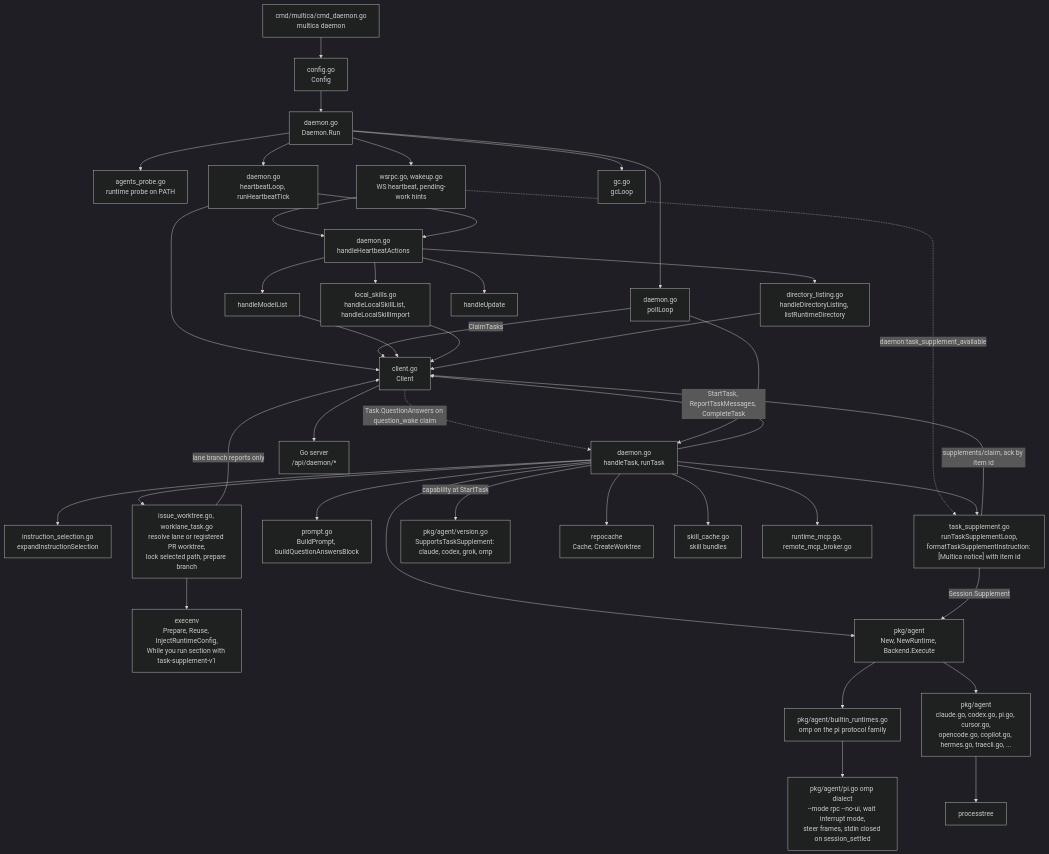
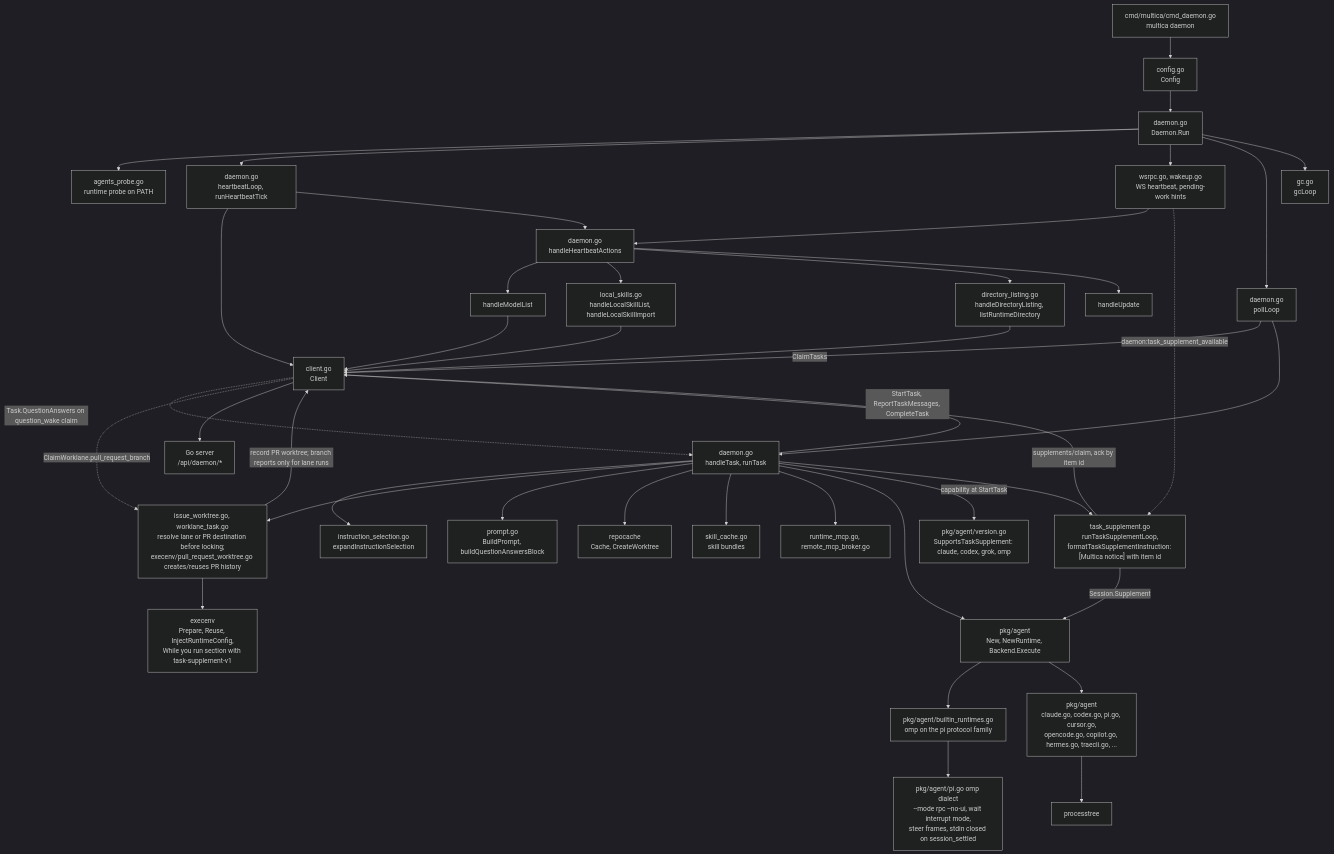
One commit to appboypov/multica changed the third of 8 diagrams in specs/docs/system-design.md. Above: the diagram before and after it, drawn with Mermaid (dark theme). The commit also changed 10 other files, not shown here.

````diff
--- a/specs/docs/system-design.md
+++ b/specs/docs/system-design.md
@@ -196,72 +196,73 @@
 ```mermaid
 flowchart TB
   cmd["cmd/multica/cmd_daemon.go<br/>multica daemon"]
   config["config.go<br/>Config"]
   run["daemon.go<br/>Daemon.Run"]
   probe["agents_probe.go<br/>runtime probe on PATH"]
   client["client.go<br/>Client"]
   hb["daemon.go<br/>heartbeatLoop, runHeartbeatTick"]
   ws["wsrpc.go, wakeup.go<br/>WS heartbeat, pending-work hints"]
   actions["daemon.go<br/>handleHeartbeatActions"]
   models["handleModelList"]
   localskills["local_skills.go<br/>handleLocalSkillList, handleLocalSkillImport"]
   dirlist["directory_listing.go<br/>handleDirectoryListing, listRuntimeDirectory"]
   selection["instruction_selection.go<br/>expandInstructionSelection"]
   update["handleUpdate"]
   poll["daemon.go<br/>pollLoop"]
   task["daemon.go<br/>handleTask, runTask"]
-  worktrees["issue_worktree.go, worklane_task.go<br/>resolve lane or registered PR worktree,<br/>lock selected path, prepare branch"]
+  worktrees["issue_worktree.go, worklane_task.go<br/>resolve lane or PR destination before locking;<br/>execenv/pull_request_worktree.go creates/reuses PR history"]
   execenv["execenv<br/>Prepare, Reuse, InjectRuntimeConfig,<br/>While you run section with task-supplement-v1"]
   prompt["prompt.go<br/>BuildPrompt, buildQuestionAnswersBlock"]
   supp["task_supplement.go<br/>runTaskSupplementLoop,<br/>formatTaskSupplementInstruction: [Multica notice] with item id"]
   version["pkg/agent/version.go<br/>SupportsTaskSupplement: claude, codex, grok, omp"]
   repocache["repocache<br/>Cache, CreateWorktree"]
   skillcache["skill_cache.go<br/>skill bundles"]
   mcp["runtime_mcp.go, remote_mcp_broker.go"]
   agentpkg["pkg/agent<br/>New, NewRuntime, Backend.Execute"]
   builtin["pkg/agent/builtin_runtimes.go<br/>omp on the pi protocol family"]
   omprpc["pkg/agent/pi.go omp dialect<br/>--mode rpc --no-ui, wait interrupt mode,<br/>steer frames, stdin closed on session_settled"]
   backends["pkg/agent<br/>claude.go, codex.go, pi.go, cursor.go,<br/>opencode.go, copilot.go, hermes.go, traecli.go, ..."]
   procs["processtree"]
   gc["gc.go<br/>gcLoop"]
   server["Go server<br/>/api/daemon/*"]
 
   cmd --> config --> run
   run --> probe
   run --> hb
   run --> ws
   run --> poll
   run --> gc
   hb --> client
   ws --> actions
   hb --> actions
   actions --> models
   actions --> localskills
   actions --> dirlist
   actions --> update
   poll -->|"ClaimTasks"| client
   client -.->|"Task.QuestionAnswers on question_wake claim"| task
+  client -.->|"ClaimWorklane.pull_request_branch"| worktrees
   poll --> task
   task --> selection
   task --> worktrees --> execenv
-  worktrees -->|"lane branch reports only"| client
+  worktrees -->|"record PR worktree; branch reports only for lane runs"| client
   task --> prompt
   task --> repocache
   task --> skillcache
   task --> mcp
   task --> agentpkg
   agentpkg --> builtin
   agentpkg --> backends
   builtin --> omprpc
   task -->|"capability at StartTask"| version
   ws -.->|"daemon:task_supplement_available"| supp
   task --> supp
   supp -->|"supplements/claim, ack by item id"| client
   supp -->|"Session.Supplement"| agentpkg
   backends --> procs
   task -->|"StartTask, ReportTaskMessages, CompleteTask"| client
   models --> client
   localskills --> client
   dirlist --> client
   client --> server
 ```
````
